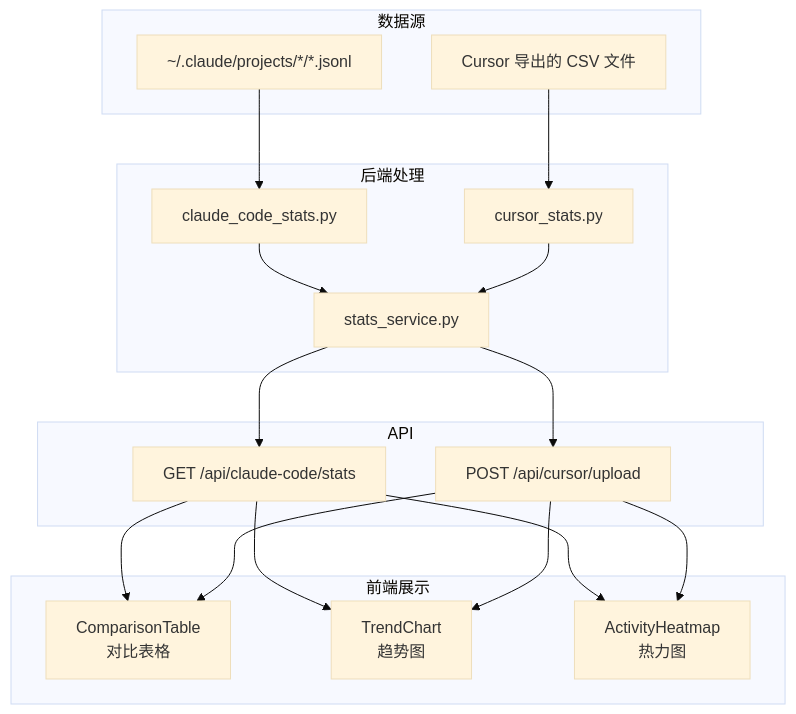
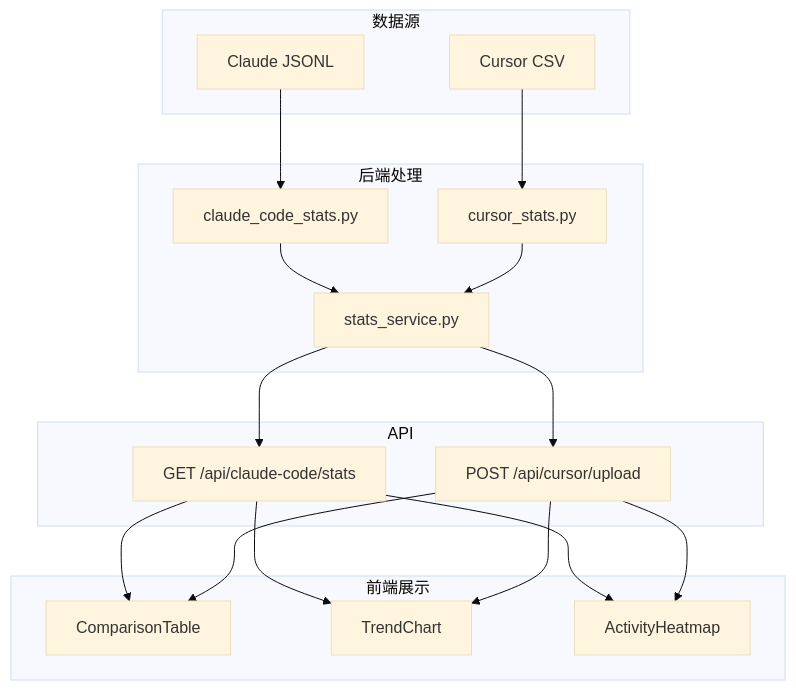
The diagram in docs/data-sources.md (Momoyeyu/token-usage), drawn with Mermaid (base theme) before and after one commit. The commit also changed 1 other file, not shown here.

Commit message:
Fix Mermaid syntax for older versions
- Remove <br/> tags in node labels (not supported in Mermaid 9.1.7)
- Add subgraph IDs for better compatibility
- Simplify dotted line syntax

````diff
--- a/docs/data-sources.md
+++ b/docs/data-sources.md
@@ -246,40 +246,40 @@
 ```mermaid
 flowchart TB
-    subgraph 数据源
-        CC_RAW[~/.claude/projects/*/*.jsonl]
-        CU_RAW[Cursor 导出的 CSV 文件]
+    subgraph DS [数据源]
+        CC_RAW[Claude JSONL]
+        CU_RAW[Cursor CSV]
     end
 
-    subgraph 后端处理
+    subgraph BE [后端处理]
         CC_SCRIPT[claude_code_stats.py]
         CU_SCRIPT[cursor_stats.py]
         SERVICE[stats_service.py]
     end
 
-    subgraph API
+    subgraph API [API]
         CC_API[GET /api/claude-code/stats]
         CU_API[POST /api/cursor/upload]
     end
 
-    subgraph 前端展示
-        TABLE[ComparisonTable<br/>对比表格]
-        TREND[TrendChart<br/>趋势图]
-        HEAT[ActivityHeatmap<br/>热力图]
+    subgraph FE [前端展示]
+        TABLE[ComparisonTable]
+        TREND[TrendChart]
+        HEAT[ActivityHeatmap]
     end
 
     CC_RAW --> CC_SCRIPT
     CU_RAW --> CU_SCRIPT
 
     CC_SCRIPT --> SERVICE
     CU_SCRIPT --> SERVICE
 
     SERVICE --> CC_API
     SERVICE --> CU_API
 
     CC_API --> TABLE
     CU_API --> TABLE
     CC_API --> TREND
     CU_API --> TREND
     CC_API --> HEAT
     CU_API --> HEAT
 ```
````
